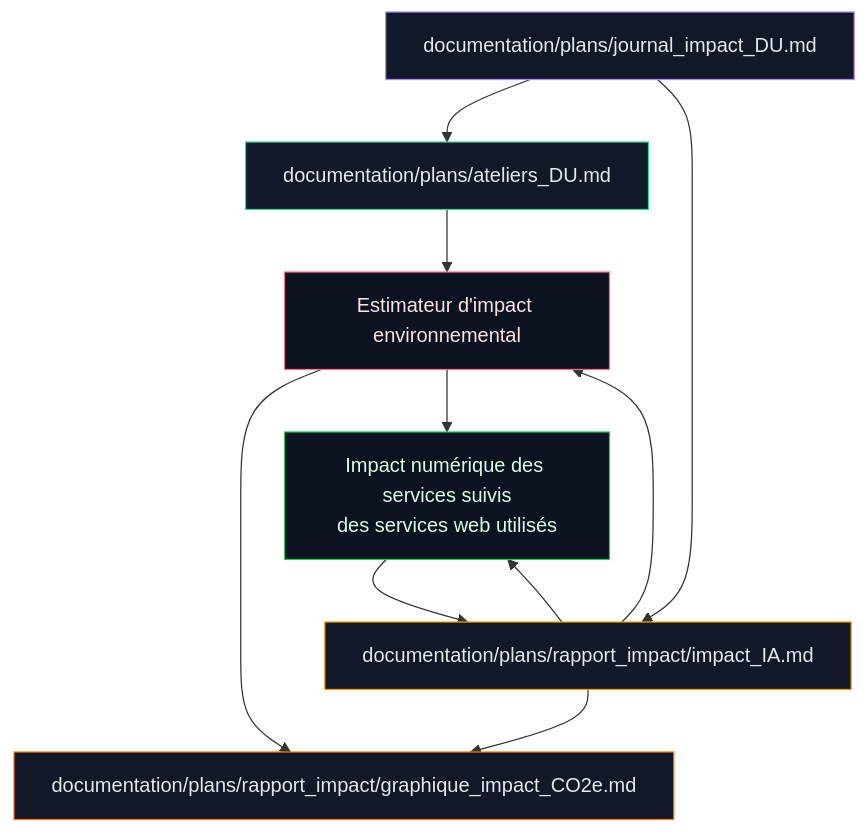
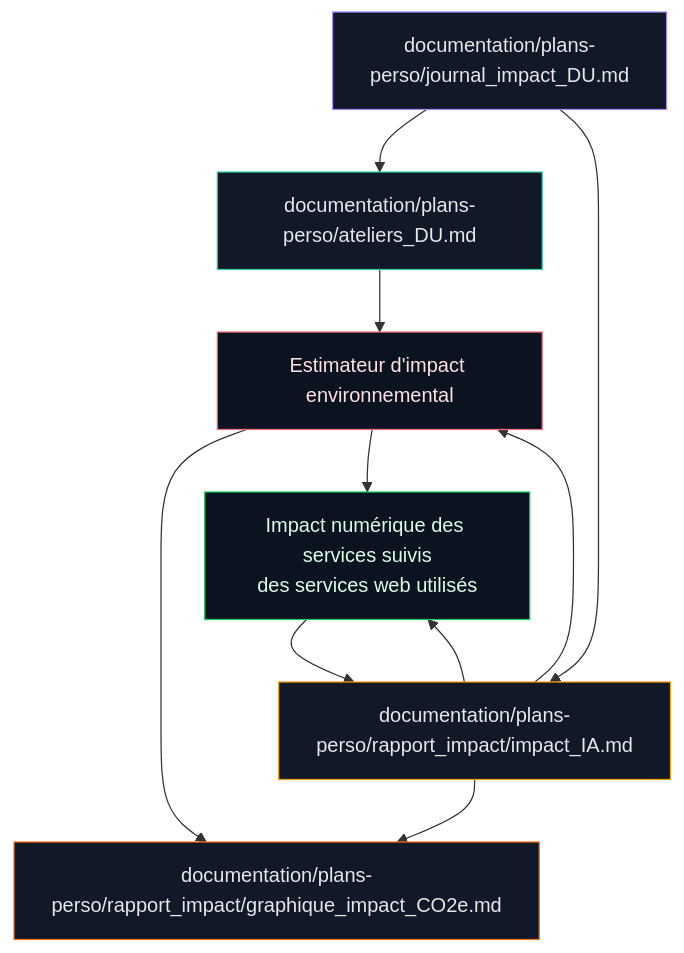
Before and after one commit to maxd4/CleanmyMap: the diagram in documentation/plans-perso/journal_impact_DU.md, drawn with Mermaid. The commit also changed other lines of this file and 40 other files, not shown here.

````diff
--- a/documentation/plans-perso/journal_impact_DU.md
+++ b/documentation/plans-perso/journal_impact_DU.md
@@ -37,26 +37,26 @@
 ```mermaid
 flowchart TD
-  AJ["documentation/plans/ateliers_DU.md"]
-  RI["documentation/plans/rapport_impact/impact_IA.md"]
-  GI["documentation/plans/rapport_impact/graphique_impact_CO2e.md"]
-  JI["documentation/plans/journal_impact_DU.md"]
+  AJ["documentation/plans-perso/ateliers_DU.md"]
+  RI["documentation/plans-perso/rapport_impact/impact_IA.md"]
+  GI["documentation/plans-perso/rapport_impact/graphique_impact_CO2e.md"]
+  JI["documentation/plans-perso/journal_impact_DU.md"]
   EI["Estimateur d'impact environnemental"]
   QG["Impact numérique des services suivis<br/>des services web utilisés"]
 
   JI --> AJ
   JI --> RI
   RI --> GI
   RI --> EI
   RI --> QG
   AJ --> EI
   EI --> GI
   EI --> QG
   QG --> RI
 
   style AJ fill:#111827,stroke:#34d399,color:#e5e7eb
   style RI fill:#111827,stroke:#f59e0b,color:#e5e7eb
   style GI fill:#111827,stroke:#f97316,color:#e5e7eb
   style JI fill:#111827,stroke:#a78bfa,color:#e5e7eb
   style EI fill:#0b1220,stroke:#fb7185,color:#fee2e2
   style QG fill:#0b1220,stroke:#22c55e,color:#dcfce7
 ```
````
